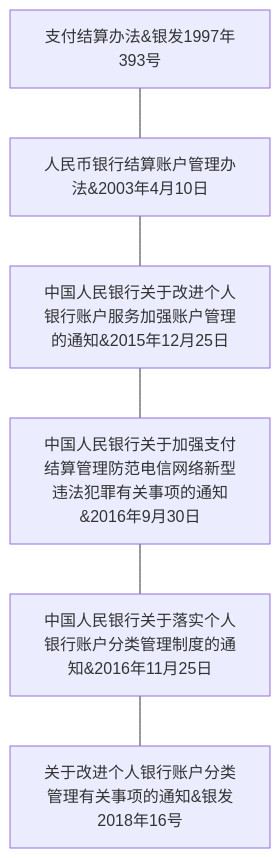
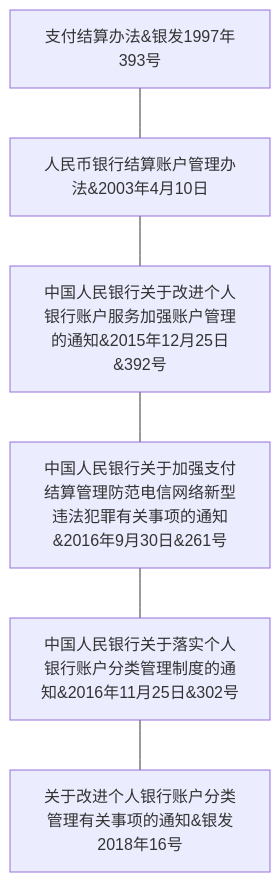
The second of 2 diagrams in source/_drafts/支付相关政策学习.md (JinyLiz/cainiaodeblog), drawn with Mermaid before and after one commit. The commit also changed 5 other files, not shown here.

````diff
--- a/source/_drafts/支付相关政策学习.md
+++ b/source/_drafts/支付相关政策学习.md
@@ -20,12 +20,12 @@
 ```mermaid
 
 graph TB
  
      支付结算办法&银发1997年393号 --- 人民币银行结算账户管理办法&2003年4月10日
-     人民币银行结算账户管理办法&2003年4月10日 --- 中国人民银行关于改进个人银行账户服务加强账户管理的通知&2015年12月25日
-     中国人民银行关于改进个人银行账户服务加强账户管理的通知&2015年12月25日 --- 中国人民银行关于加强支付结算管理防范电信网络新型违法犯罪有关事项的通知&2016年9月30日
-     中国人民银行关于加强支付结算管理防范电信网络新型违法犯罪有关事项的通知&2016年9月30日 --- 中国人民银行关于落实个人银行账户分类管理制度的通知&2016年11月25日
-     中国人民银行关于落实个人银行账户分类管理制度的通知&2016年11月25日 --- 关于改进个人银行账户分类管理有关事项的通知&银发2018年16号
+     人民币银行结算账户管理办法&2003年4月10日 --- 中国人民银行关于改进个人银行账户服务加强账户管理的通知&2015年12月25日&392号
+     中国人民银行关于改进个人银行账户服务加强账户管理的通知&2015年12月25日&392号 --- 中国人民银行关于加强支付结算管理防范电信网络新型违法犯罪有关事项的通知&2016年9月30日&261号
+     中国人民银行关于加强支付结算管理防范电信网络新型违法犯罪有关事项的通知&2016年9月30日&261号 --- 中国人民银行关于落实个人银行账户分类管理制度的通知&2016年11月25日&302号
+     中国人民银行关于落实个人银行账户分类管理制度的通知&2016年11月25日&302号 --- 关于改进个人银行账户分类管理有关事项的通知&银发2018年16号
 
 
 ```
````
